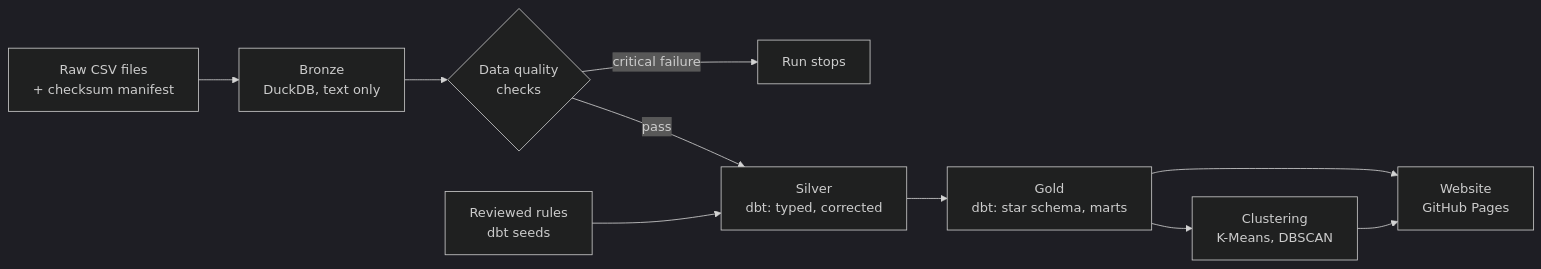
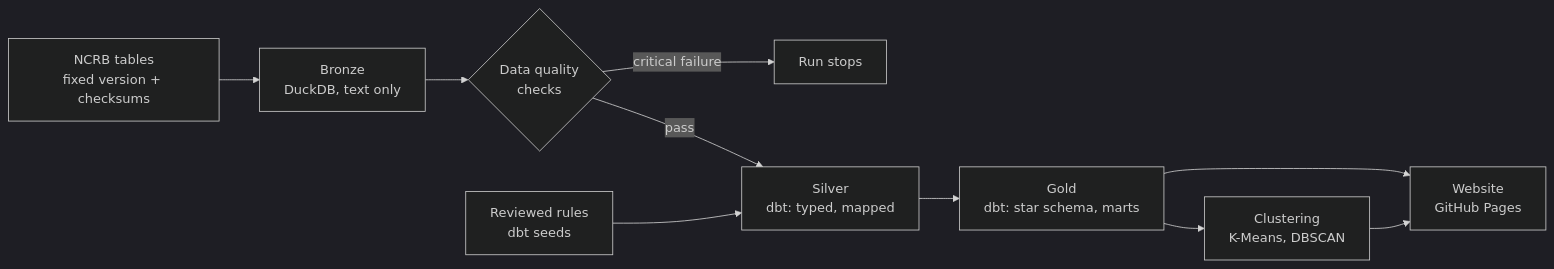
Before and after one commit to Lisasilva/Crimes-in-India-data-platform: the diagram in README.md, drawn with Mermaid (dark theme). The commit also changed other lines of this file and 9 other files, not shown here.

````diff
--- a/README.md
+++ b/README.md
@@ -20,12 +23,12 @@
 ```mermaid
 flowchart LR
-    raw["Raw CSV files<br/>+ checksum manifest"] --> bronze["Bronze<br/>DuckDB, text only"]
+    ncrb["NCRB tables<br/>fixed version + checksums"] --> bronze["Bronze<br/>DuckDB, text only"]
     bronze --> checks{"Data quality<br/>checks"}
     checks -- critical failure --> stop["Run stops"]
-    checks -- pass --> silver["Silver<br/>dbt: typed, corrected"]
+    checks -- pass --> silver["Silver<br/>dbt: typed, mapped"]
     seeds["Reviewed rules<br/>dbt seeds"] --> silver
     silver --> gold["Gold<br/>dbt: star schema, marts"]
     gold --> ml["Clustering<br/>K-Means, DBSCAN"]
     gold --> site["Website<br/>GitHub Pages"]
     ml --> site
 ```
````
